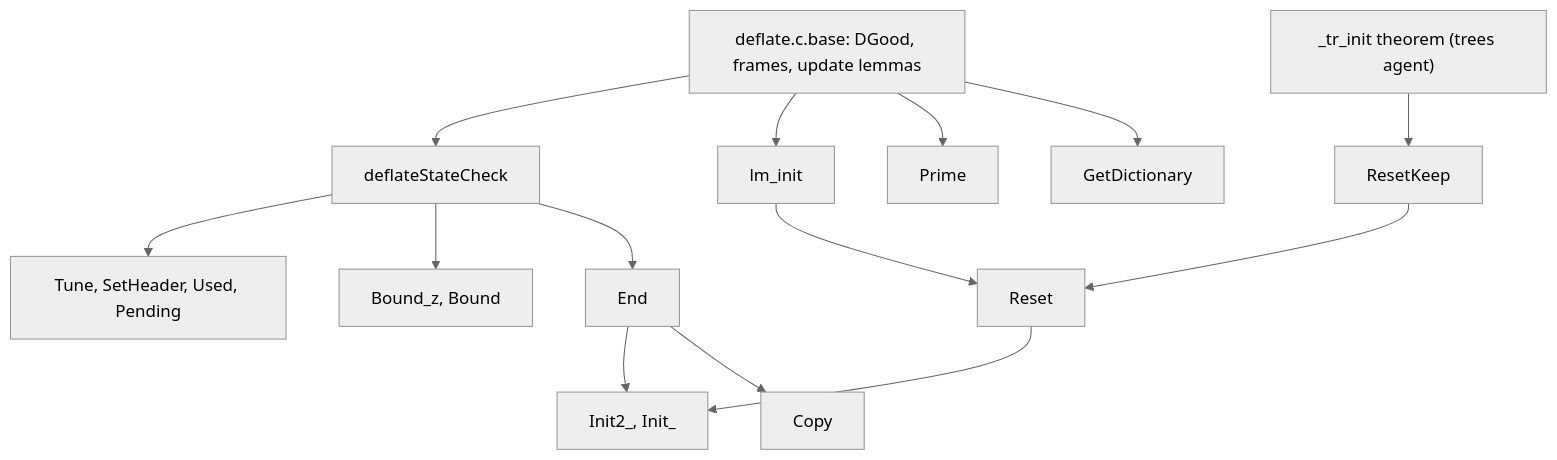
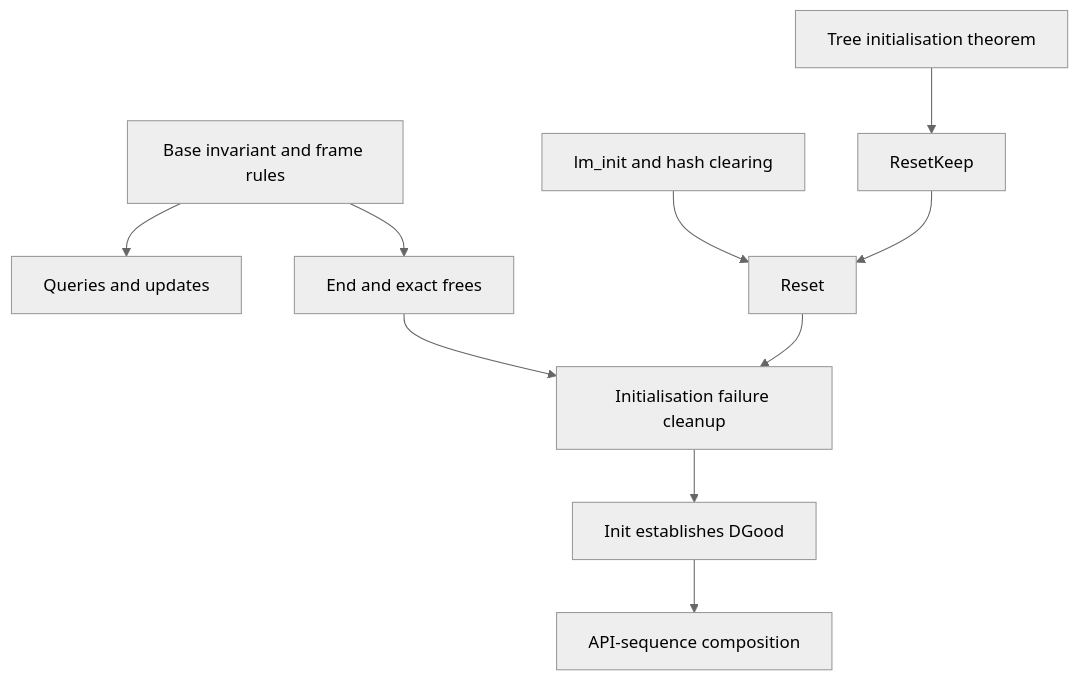
One commit to cla7aye15I4nd/zlib-f changed the diagram in docs/migration/deflate-lifecycle.md. Above: the diagram before and after it, drawn with Mermaid (neutral theme). The commit also changed other lines of this file and 95 other files, not shown here.

````diff
--- a/docs/migration/deflate-lifecycle.md
+++ b/docs/migration/deflate-lifecycle.md
@@ -86,16 +55,12 @@
 ```mermaid
 flowchart TD
-    B["deflate.c.base: DGood, frames, update lemmas"] --> C["deflateStateCheck"]
-    C --> S["Tune, SetHeader, Used, Pending"]
-    C --> N["Bound_z, Bound"]
-    C --> E["End"]
-    B --> L["lm_init"]
-    T["_tr_init theorem (trees agent)"] --> R["ResetKeep"]
-    L --> R2["Reset"]
-    R --> R2
-    E --> I["Init2_, Init_"]
-    R2 --> I
-    B --> P["Prime"]
-    B --> G["GetDictionary"]
-    E --> K["Copy"]
+    B[Base invariant and frame rules] --> Q[Queries and updates]
+    B --> E[End and exact frees]
+    T[Tree initialisation theorem] --> R[ResetKeep]
+    L[lm_init and hash clearing] --> S[Reset]
+    R --> S
+    E --> I[Initialisation failure cleanup]
+    S --> I
+    I --> V[Init establishes DGood]
+    V --> A[API-sequence composition]
 ```
````
